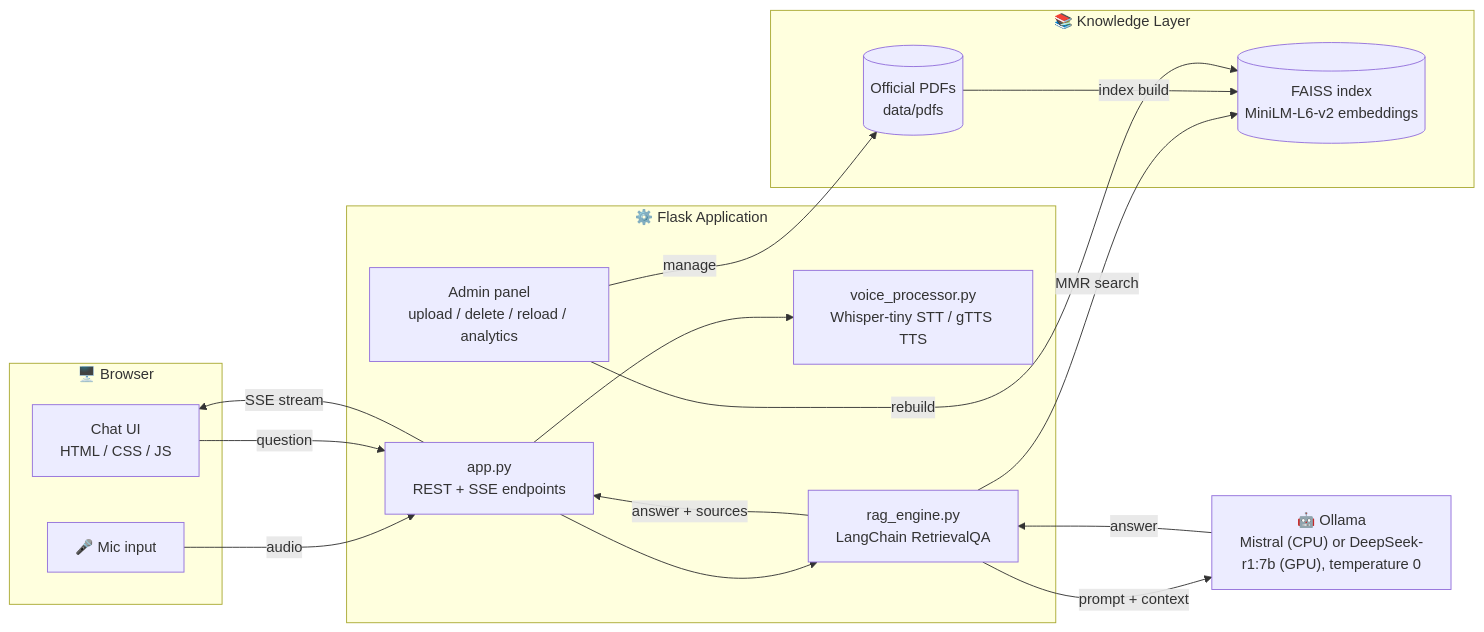
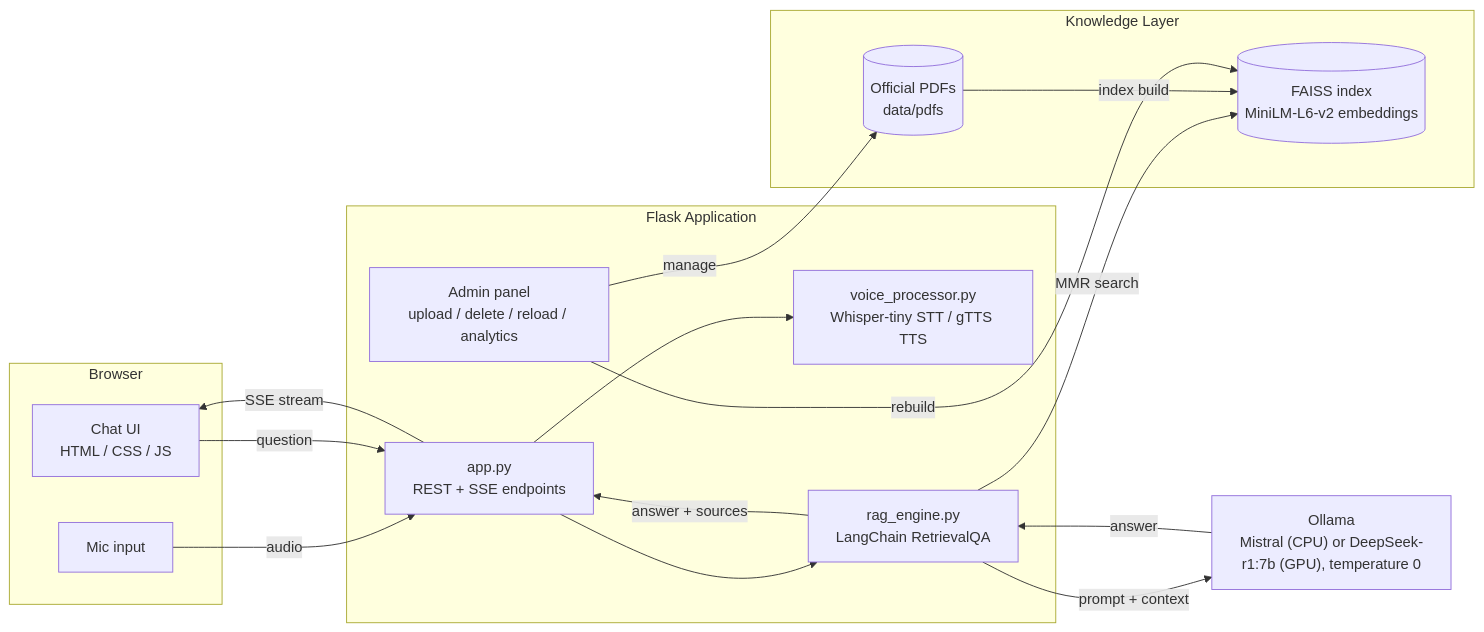
One commit to MuhammadAbbas01/University_AI_Chatbot changed the first of 3 diagrams in README.md. Above: the diagram before and after it, drawn with Mermaid. The commit also changed other lines of this file, not shown here.

````diff
--- a/README.md
+++ b/README.md
@@ -49,34 +45,34 @@
 ```mermaid
 flowchart LR
-    subgraph Client["🖥️ Browser"]
+    subgraph Client["Browser"]
         UI["Chat UI<br/>HTML / CSS / JS"]
-        MIC["🎤 Mic input"]
+        MIC["Mic input"]
     end
 
-    subgraph Server["⚙️ Flask Application"]
+    subgraph Server["Flask Application"]
         API["app.py<br/>REST + SSE endpoints"]
         VOICE["voice_processor.py<br/>Whisper-tiny STT / gTTS TTS"]
         RAG["rag_engine.py<br/>LangChain RetrievalQA"]
         ADMIN["Admin panel<br/>upload / delete / reload / analytics"]
     end
 
-    subgraph Knowledge["📚 Knowledge Layer"]
+    subgraph Knowledge["Knowledge Layer"]
         PDFS[("Official PDFs<br/>data/pdfs")]
         FAISS[("FAISS index<br/>MiniLM-L6-v2 embeddings")]
     end
 
-    LLM["🤖 Ollama<br/>Mistral (CPU) or DeepSeek-r1:7b (GPU), temperature 0"]
+    LLM["Ollama<br/>Mistral (CPU) or DeepSeek-r1:7b (GPU), temperature 0"]
 
     MIC -->|audio| API
     UI -->|question| API
     API --> VOICE
     API --> RAG
     RAG -->|MMR search| FAISS
     PDFS -->|index build| FAISS
     RAG -->|prompt + context| LLM
     LLM -->|answer| RAG
     RAG -->|answer + sources| API
     API -->|SSE stream| UI
     ADMIN -->|manage| PDFS
     ADMIN -->|rebuild| FAISS
 ```
````
